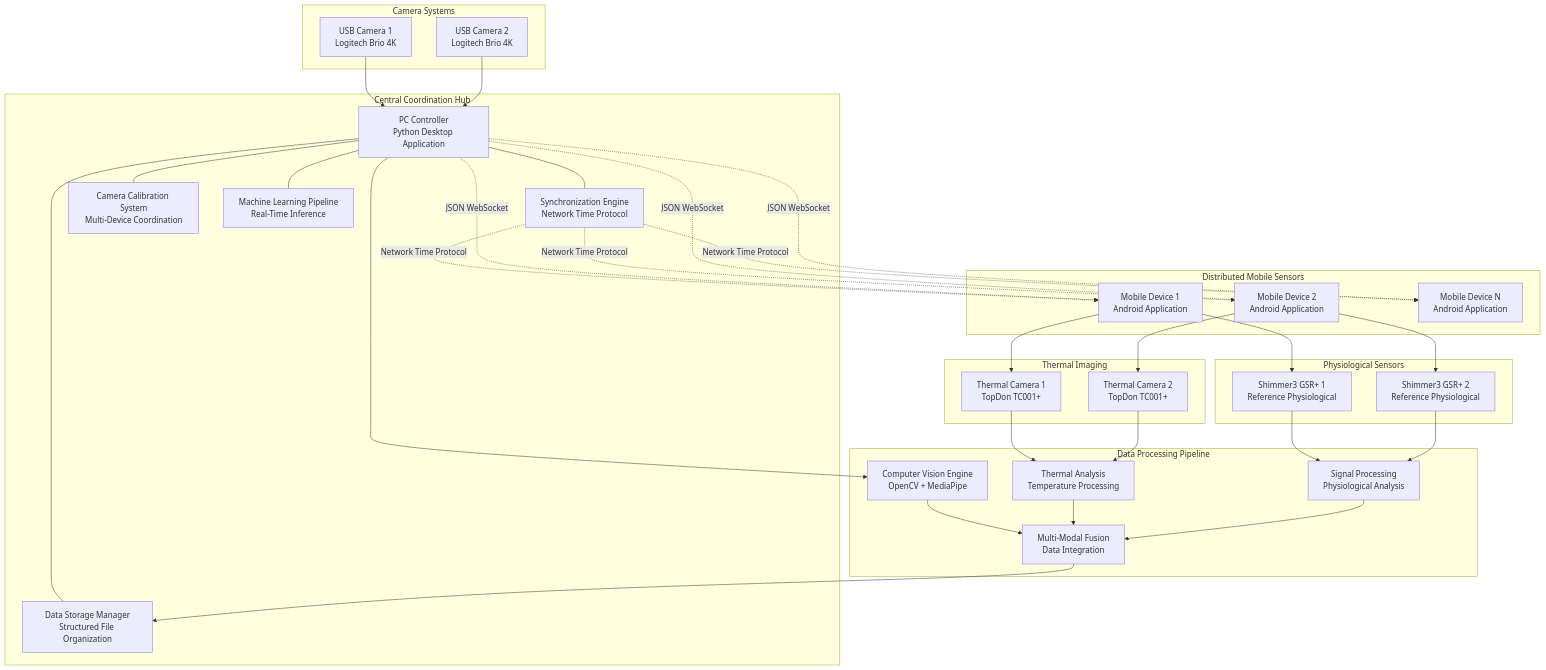
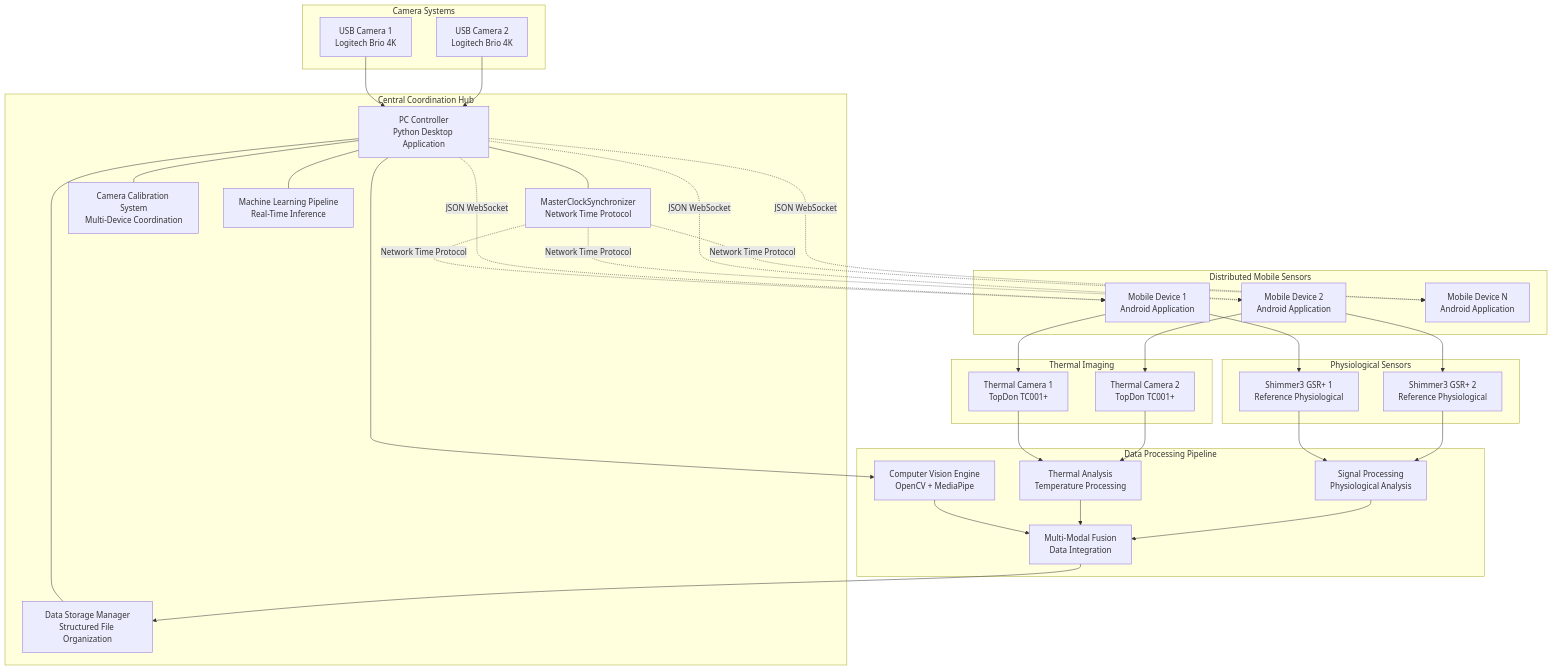
Before and after one commit to buccancs/fyp-multi-sensor-recording-system: the first of 10 diagrams in docs/thesis_report/Chapter_4_Design_and_Implementation.md, drawn with Mermaid. The commit also changed other lines of this file and 2 other files, not shown here.

````diff
--- a/docs/thesis_report/Chapter_4_Design_and_Implementation.md
+++ b/docs/thesis_report/Chapter_4_Design_and_Implementation.md
@@ -256,72 +256,72 @@
 ```mermaid
 graph TB
     subgraph "Central Coordination Hub"
         PC[PC Controller<br/>Python Desktop Application]
-        SYNC[Synchronization Engine<br/>Network Time Protocol]
+        SYNC[MasterClockSynchronizer<br/>Network Time Protocol]
         STORE[Data Storage Manager<br/>Structured File Organization]
         CAL[Camera Calibration System<br/>Multi-Device Coordination]
         ML[Machine Learning Pipeline<br/>Real-Time Inference]
     end
     
     subgraph "Distributed Mobile Sensors"
         M1[Mobile Device 1<br/>Android Application]
         M2[Mobile Device 2<br/>Android Application]
         M3[Mobile Device N<br/>Android Application]
     end
     
     subgraph "Camera Systems"
         CAM1[USB Camera 1<br/>Logitech Brio 4K]
         CAM2[USB Camera 2<br/>Logitech Brio 4K]
     end
     
     subgraph "Thermal Imaging"
         THERM1[Thermal Camera 1<br/>TopDon TC001+]
         THERM2[Thermal Camera 2<br/>TopDon TC001+]
     end
     
     subgraph "Physiological Sensors"
         GSR1[Shimmer3 GSR+ 1<br/>Reference Physiological]
         GSR2[Shimmer3 GSR+ 2<br/>Reference Physiological]
     end
     
     subgraph "Data Processing Pipeline"
         VISION[Computer Vision Engine<br/>OpenCV + MediaPipe]
         THERMAL[Thermal Analysis<br/>Temperature Processing]
         SIGNAL[Signal Processing<br/>Physiological Analysis]
         FUSION[Multi-Modal Fusion<br/>Data Integration]
     end
     
     PC --- SYNC
     PC --- STORE
     PC --- CAL
     PC --- ML
     
     SYNC -.->|Network Time Protocol| M1
     SYNC -.->|Network Time Protocol| M2
     SYNC -.->|Network Time Protocol| M3
     
     PC -.->|JSON WebSocket| M1
     PC -.->|JSON WebSocket| M2
     PC -.->|JSON WebSocket| M3
     
     CAM1 --> PC
     CAM2 --> PC
     
     M1 --> THERM1
     M2 --> THERM2
     
     M1 --> GSR1
     M2 --> GSR2
     
     PC --> VISION
     THERM1 --> THERMAL
     THERM2 --> THERMAL
     GSR1 --> SIGNAL
     GSR2 --> SIGNAL
     
     VISION --> FUSION
     THERMAL --> FUSION
     SIGNAL --> FUSION
     
     FUSION --> STORE
 ```
````
